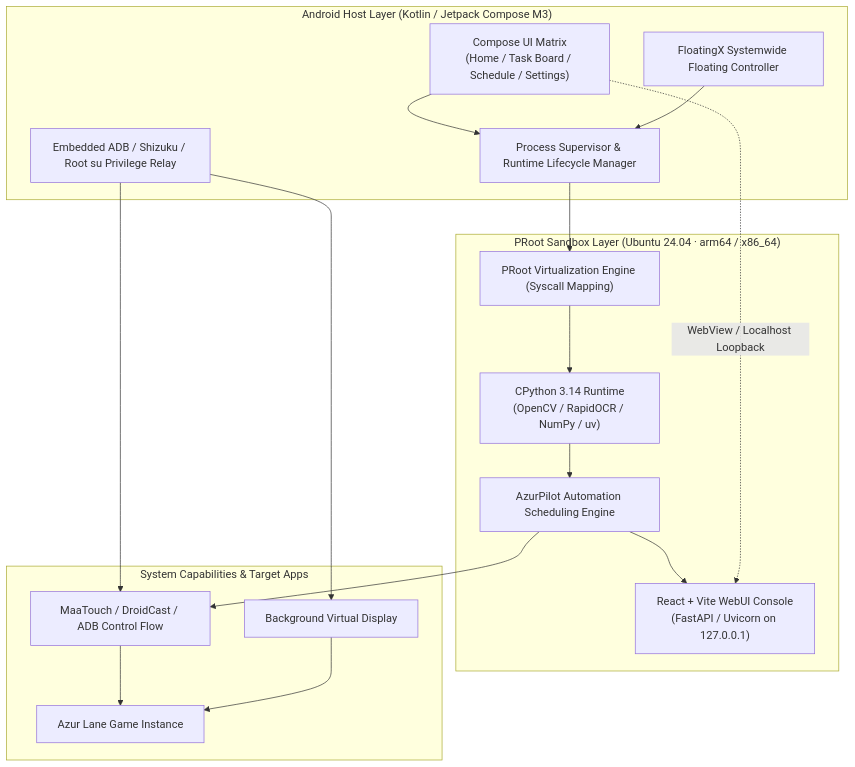
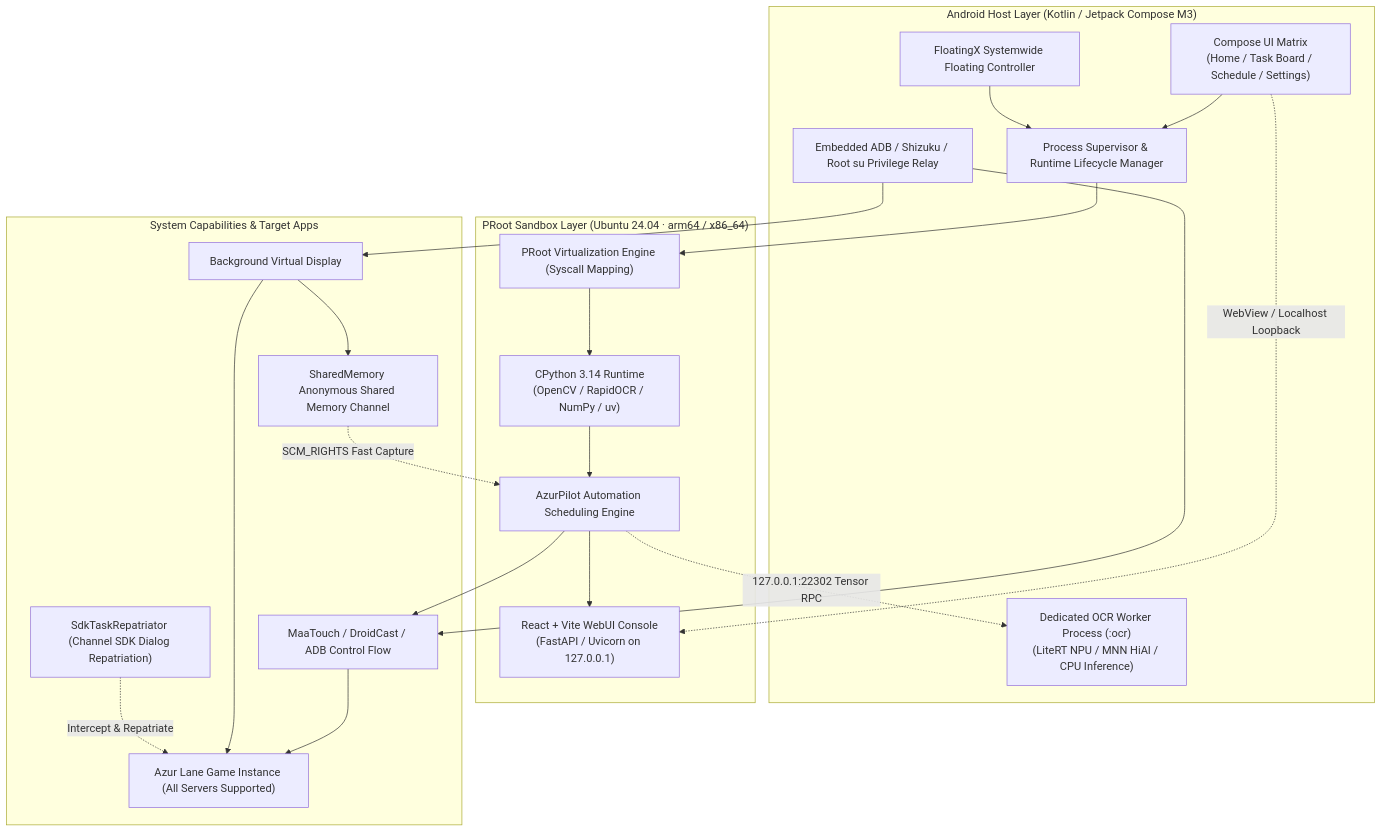
Before and after one commit to 58383050/AzurPilot-for-Android: the diagram in README_en.md, drawn with Mermaid. The commit also changed other lines of this file and 3 other files, not shown here.

````diff
--- a/README_en.md
+++ b/README_en.md
@@ -306,35 +352,42 @@
 ```mermaid
 graph TD
     subgraph AndroidHost ["Android Host Layer (Kotlin / Jetpack Compose M3)"]
         UI["Compose UI Matrix\n(Home / Task Board / Schedule / Settings)"]
         Overlay["FloatingX Systemwide Floating Controller"]
         Lifecycle["Process Supervisor & Runtime Lifecycle Manager"]
         Bridge["Embedded ADB / Shizuku / Root su Privilege Relay"]
+        OCRWorker["Dedicated OCR Worker Process (:ocr)\n(LiteRT NPU / MNN HiAI / CPU Inference)"]
     end
 
     subgraph Container ["PRoot Sandbox Layer (Ubuntu 24.04 · arm64 / x86_64)"]
         PROOT["PRoot Virtualization Engine (Syscall Mapping)"]
         ENV["CPython 3.14 Runtime\n(OpenCV / RapidOCR / NumPy / uv)"]
         CORE["AzurPilot Automation Scheduling Engine"]
         WEB["React + Vite WebUI Console\n(FastAPI / Uvicorn on 127.0.0.1)"]
     end
 
     subgraph DeviceTarget ["System Capabilities & Target Apps"]
         VDisplay["Background Virtual Display"]
+        Repatriator["SdkTaskRepatriator (Channel SDK Dialog Repatriation)"]
         InputService["MaaTouch / DroidCast / ADB Control Flow"]
-        GameApp["Azur Lane Game Instance"]
+        ShmChannel["SharedMemory Anonymous Shared Memory Channel"]
+        GameApp["Azur Lane Game Instance (All Servers Supported)"]
     end
 
     UI --> Lifecycle
     Overlay --> Lifecycle
     Lifecycle --> PROOT
     PROOT --> ENV
     ENV --> CORE
     CORE --> WEB
     UI -. "WebView / Localhost Loopback" .-> WEB
     Bridge --> InputService
     Bridge --> VDisplay
     InputService --> GameApp
     VDisplay --> GameApp
+    Repatriator -. "Intercept & Repatriate" .-> GameApp
     CORE --> InputService
+    VDisplay --> ShmChannel
+    ShmChannel -. "SCM_RIGHTS Fast Capture" .-> CORE
+    CORE -. "127.0.0.1:22302 Tensor RPC" .-> OCRWorker
 ```
````
